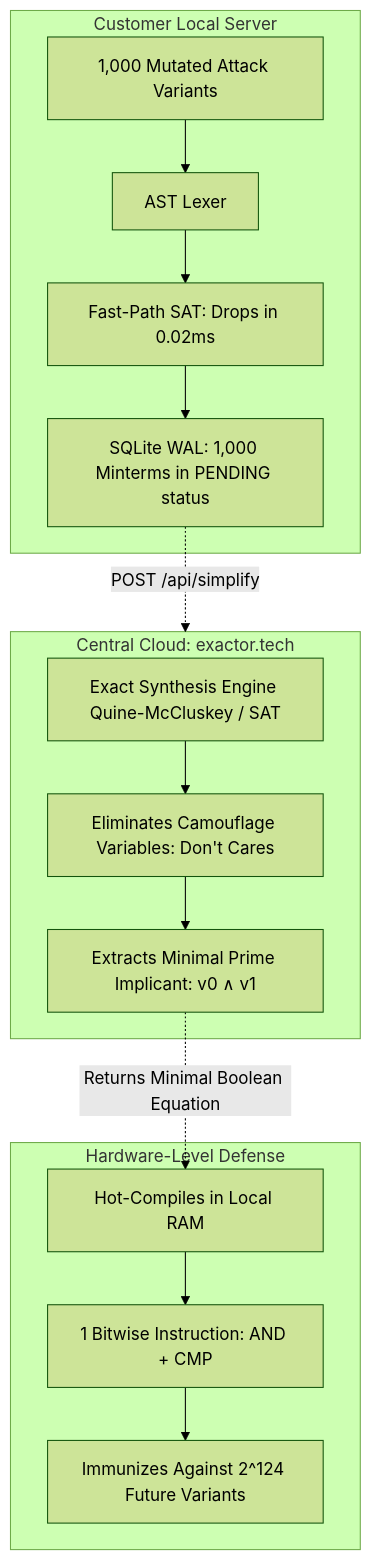
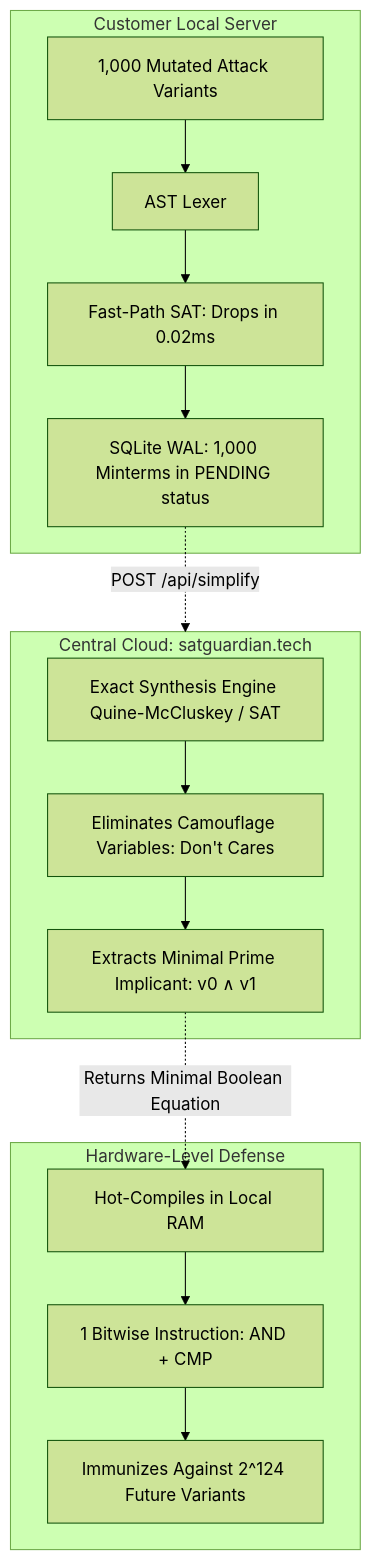
Before and after one commit to ExactorResearch/exactor-waf-guardian: the first of 2 diagrams in AXIOMATIC_SUPERVISION_AND_SYNTHESIS.md, drawn with Mermaid (forest theme). The commit also changed other lines of this file and 99 other files, not shown here.

First line of the commit message:
feat(rebrand): homologate edge WAF from exactor to satguardian

````diff
--- a/AXIOMATIC_SUPERVISION_AND_SYNTHESIS.md
+++ b/AXIOMATIC_SUPERVISION_AND_SYNTHESIS.md
@@ -98,23 +98,23 @@
 ```mermaid
 graph TD
     subgraph Client [Customer Local Server]
         Attacks[1,000 Mutated Attack Variants] --> AST[AST Lexer]
         AST --> LocalSAT[Fast-Path SAT: Drops in 0.02ms]
         LocalSAT --> SQLite[SQLite WAL: 1,000 Minterms in PENDING status]
     end
 
     SQLite -.->|POST /api/simplify| Cloud
 
-    subgraph Cloud [Central Cloud: exactor.tech]
+    subgraph Cloud [Central Cloud: satguardian.tech]
         CloudCore[Exact Synthesis Engine Quine-McCluskey / SAT]
         CloudCore --> StripNoise[Eliminates Camouflage Variables: Don't Cares]
         StripNoise --> ExtractRoot[Extracts Minimal Prime Implicant: v0 ∧ v1]
     end
 
     ExtractRoot -.->|Returns Minimal Boolean Equation| HotPatch[Hot-Compiles in Local RAM]
     
     subgraph FutureDefense [Hardware-Level Defense]
         HotPatch --> CPU[1 Bitwise Instruction: AND + CMP]
         CPU --> Trillions[Immunizes Against 2^124 Future Variants]
     end
 ```
````
